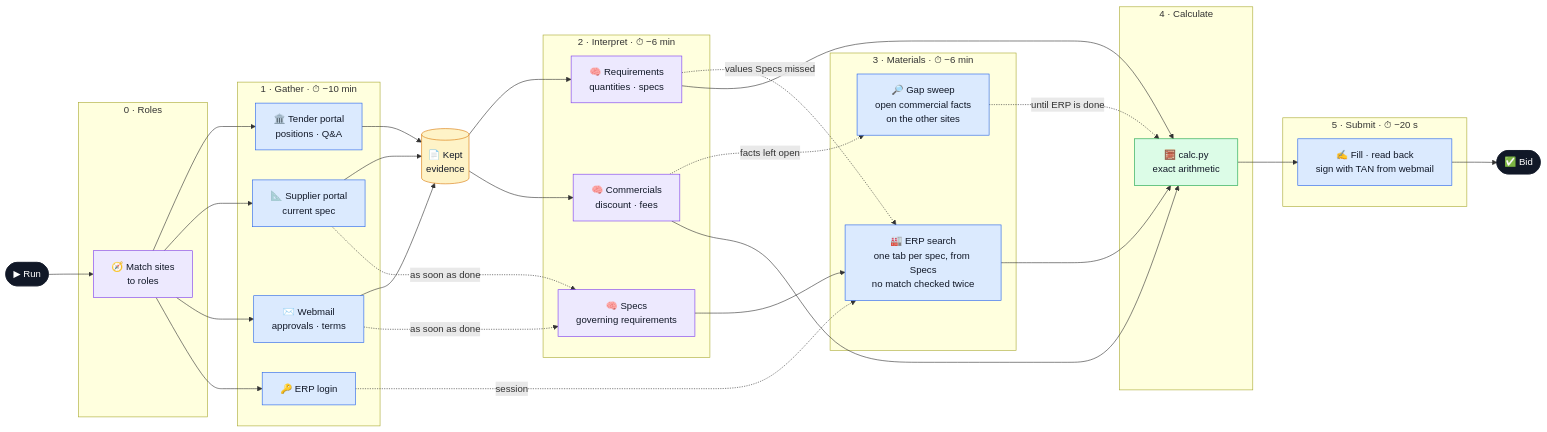
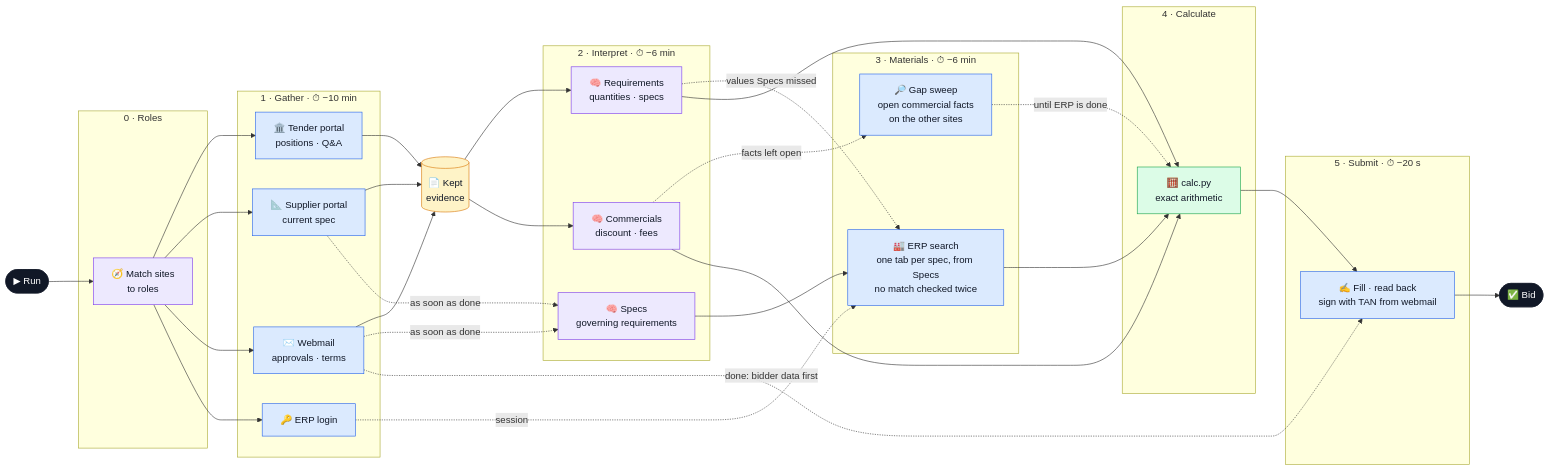
The diagram in README.md (lucakammerer/adminrights), drawn with Mermaid before and after one commit. The commit also changed 4 other files, not shown here.

````diff
--- a/README.md
+++ b/README.md
@@ -7,59 +7,60 @@
 ```mermaid
 flowchart LR
   run([▶ Run]) --> roles
 
   subgraph P0["0 · Roles"]
     roles["🧭 Match sites<br/>to roles"]
   end
 
   subgraph P1["1 · Gather · ⏱ −10 min"]
     tender["🏛️ Tender portal<br/>positions · Q#amp;A"]
     supplier["📐 Supplier portal<br/>current spec"]
     mail["✉️ Webmail<br/>approvals · terms"]
     login["🔑 ERP login"]
   end
 
   evidence[("📄 Kept<br/>evidence")]
 
   subgraph P2["2 · Interpret · ⏱ −6 min"]
     specs["🧠 Specs<br/>governing requirements"]
     req["🧠 Requirements<br/>quantities · specs"]
     com["🧠 Commercials<br/>discount · fees"]
   end
 
   subgraph P3["3 · Materials · ⏱ −6 min"]
     erp["🏭 ERP search<br/>one tab per spec, from Specs<br/>no match checked twice"]
     sweepnode["🔎 Gap sweep<br/>open commercial facts<br/>on the other sites"]
   end
 
   subgraph P4["4 · Calculate"]
     calc["🧮 calc.py<br/>exact arithmetic"]
   end
 
   subgraph P5["5 · Submit · ⏱ −20 s"]
     submit["✍️ Fill · read back<br/>sign with TAN from webmail"]
   end
 
   roles --> tender & supplier & mail & login
   tender & supplier & mail --> evidence
   evidence --> req & com
   supplier & mail -. as soon as done .-> specs --> erp
   req -. values Specs missed .-> erp
   req --> calc
   login -. session .-> erp
   erp --> calc
   com -. facts left open .-> sweepnode -. until ERP is done .-> calc
   com --> calc
+  mail -. done: bidder data first .-> submit
   calc --> submit --> bid([✅ Bid])
 
   classDef browser fill:#dbeafe,stroke:#2563eb,color:#111827
   classDef model fill:#ede9fe,stroke:#7c3aed,color:#111827
   classDef code fill:#dcfce7,stroke:#16a34a,color:#111827
   classDef store fill:#fef3c7,stroke:#d97706,color:#111827
   classDef terminal fill:#111827,stroke:#111827,color:#ffffff
   class tender,supplier,mail,login,erp,sweepnode,submit browser
   class roles,specs,req,com model
   class calc code
   class evidence store
   class run,bid terminal
 ```
````
